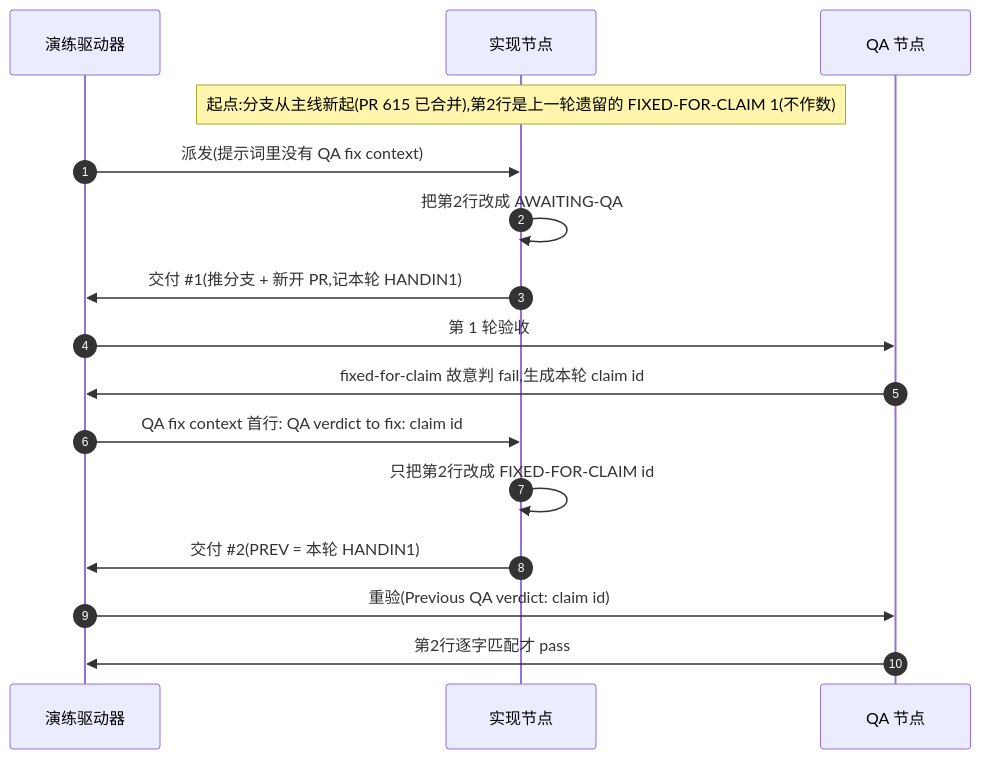
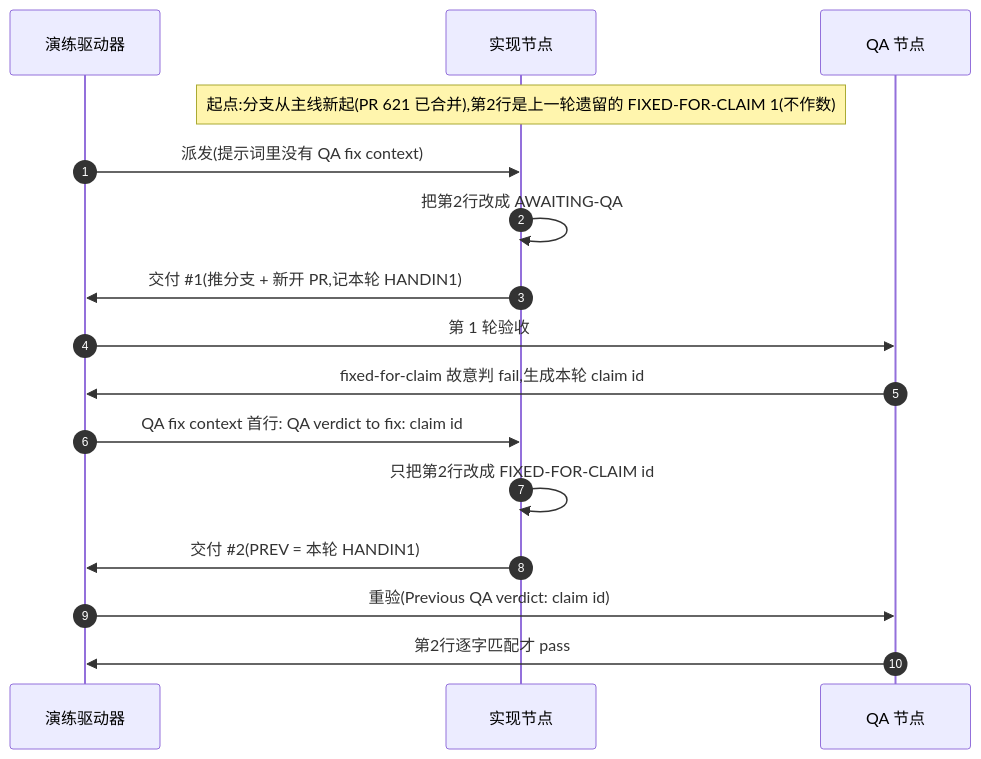
One commit to xrliAnnie/flywheel-qa-sandbox changed the diagram in engineering/doc/FLY-3228-real-runner-drill/d1-core-flow.mmd. Above: the diagram before and after it, drawn with Mermaid. The commit also changed 7 other files, not shown here.

```diff
--- a/engineering/doc/FLY-3228-real-runner-drill/d1-core-flow.mmd
+++ b/engineering/doc/FLY-3228-real-runner-drill/d1-core-flow.mmd
@@ -1,16 +1,16 @@
 sequenceDiagram
     autonumber
     participant D as 演练驱动器
     participant I as 实现节点
     participant Q as QA 节点
-    Note over I: 起点:分支从主线新起(PR 615 已合并),第2行是上一轮遗留的 FIXED-FOR-CLAIM 1(不作数)
+    Note over I: 起点:分支从主线新起(PR 621 已合并),第2行是上一轮遗留的 FIXED-FOR-CLAIM 1(不作数)
     D->>I: 派发(提示词里没有 QA fix context)
     I->>I: 把第2行改成 AWAITING-QA
     I->>D: 交付 #35;1(推分支 + 新开 PR,记本轮 HANDIN1)
     D->>Q: 第 1 轮验收
     Q->>D: fixed-for-claim 故意判 fail,生成本轮 claim id
     D->>I: QA fix context 首行: QA verdict to fix: claim id
     I->>I: 只把第2行改成 FIXED-FOR-CLAIM id
     I->>D: 交付 #35;2(PREV = 本轮 HANDIN1)
     D->>Q: 重验(Previous QA verdict: claim id)
     Q->>D: 第2行逐字匹配才 pass
```
